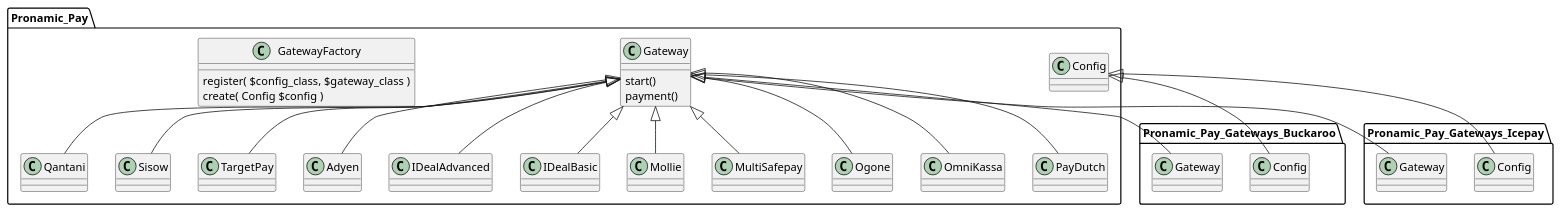
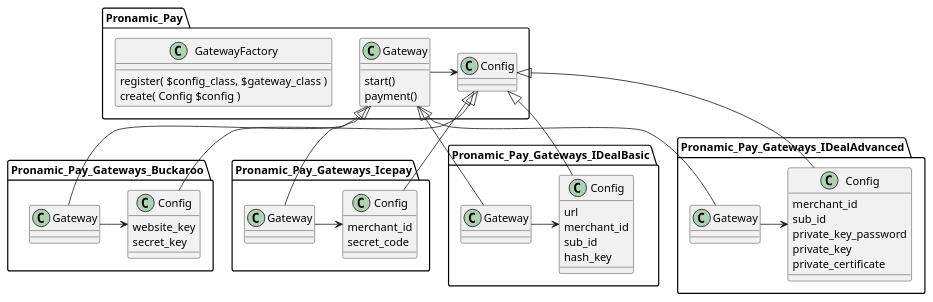
The diagram in documentation/gateways.plantuml (pronamic/wp-pronamic-pay), drawn with PlantUML before and after one commit. The commit also changed 1 other file, not shown here.

Commit message:
Updated UML.

```diff
--- a/documentation/gateways.plantuml
+++ b/documentation/gateways.plantuml
@@ -1,57 +1,90 @@
 @startuml
 
 namespace Pronamic_Pay {
 	class Gateway {
 		start()
 		payment()
 	}
 	
 	class Config {
 	
 	}
 	
 	class GatewayFactory {
 		register( $config_class, $gateway_class )
 		create( Config $config )
 	}
 	
-	Gateway <|-- Adyen
-	Gateway <|-- IDealAdvanced
-	Gateway <|-- IDealBasic
-	Gateway <|-- Mollie
-	Gateway <|-- MultiSafepay
-	Gateway <|-- Ogone
-	Gateway <|-- OmniKassa
-	Gateway <|-- PayDutch
-	Gateway <|-- Qantani
-	Gateway <|-- Sisow
-	Gateway <|-- TargetPay
+	Gateway -right-> Config
 }
 
 namespace Pronamic_Pay_Gateways_Buckaroo {
 	class Gateway {
-	
+		
 	}
 	
 	class Config {
+		website_key
+		secret_key
+	}
 	
-	}
+	Gateway -right-> Config
 	
 	Pronamic_Pay.Gateway <|-- Gateway
 	Pronamic_Pay.Config <|-- Config
 }
 
 namespace Pronamic_Pay_Gateways_Icepay {
 	class Gateway {
 	
 	}
 	
 	class Config {
+		merchant_id
+		secret_code
+	}
 	
-	}
+	Gateway -right-> Config
 	
 	Pronamic_Pay.Gateway <|-- Gateway
 	Pronamic_Pay.Config <|-- Config
 }
 
+namespace Pronamic_Pay_Gateways_IDealBasic {
+	class Gateway {
+	
+	}
+	
+	class Config {
+		url
+		merchant_id
+		sub_id
+		hash_key
+	}
+	
+	Gateway -right-> Config
+	
+	Pronamic_Pay.Gateway <|-- Gateway
+	Pronamic_Pay.Config <|-- Config
+}
+
+namespace Pronamic_Pay_Gateways_IDealAdvanced {
+	class Gateway {
+	
+	}
+	
+	class Config {
+		merchant_id
+		sub_id
+		private_key_password
+		private_key
+		private_certificate
+	}
+	
+	Gateway -right-> Config
+
+	Pronamic_Pay.Gateway <|-- Gateway
+	Pronamic_Pay.Config <|-- Config
+}
+
 @enduml
```
